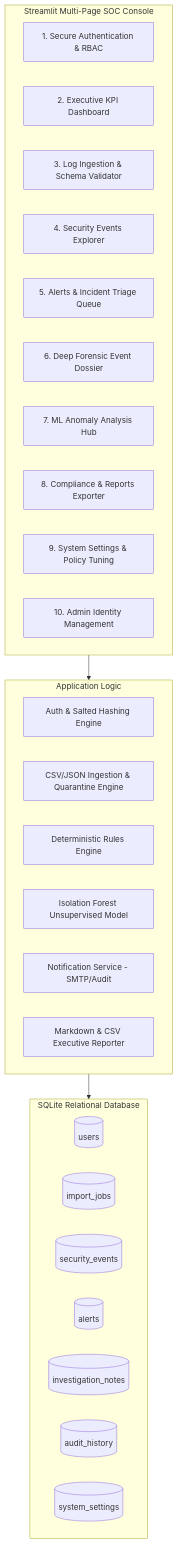
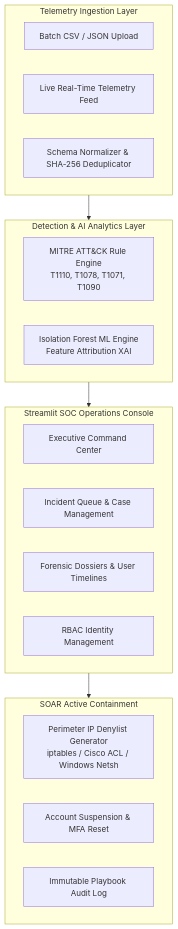
One commit to rohitkumar901/ai-company-gaurdian changed the diagram in README.md. Above: the diagram before and after it, drawn with Mermaid. The commit also changed other lines of this file and 12 other files, not shown here.

Commit message:
feat(enterprise): upgrade to full production SIEM & SOAR platform v2.5 with MITRE ATT&CK and XAI

````diff
--- a/README.md
+++ b/README.md
@@ -26,37 +31,30 @@
 ```mermaid
 flowchart TD
-    subgraph UI_Layer [Streamlit Multi-Page SOC Console]
-        P1[1. Secure Authentication & RBAC]
-        P2[2. Executive KPI Dashboard]
-        P3[3. Log Ingestion & Schema Validator]
-        P4[4. Security Events Explorer]
-        P5[5. Alerts & Incident Triage Queue]
-        P6[6. Deep Forensic Event Dossier]
-        P7[7. ML Anomaly Analysis Hub]
-        P8[8. Compliance & Reports Exporter]
-        P9[9. System Settings & Policy Tuning]
-        P10[10. Admin Identity Management]
+    subgraph Ingestion [Telemetry Ingestion Layer]
+        CSV[Batch CSV / JSON Upload]
+        LiveStream[Live Real-Time Telemetry Feed]
+        Parser[Schema Normalizer & SHA-256 Deduplicator]
     end
 
-    subgraph Core_Engine [Application Logic]
-        Auth[Auth & Salted Hashing Engine]
-        Ingest[CSV/JSON Ingestion & Quarantine Engine]
-        RuleEngine[Deterministic Rules Engine]
-        MLEngine[Isolation Forest Unsupervised Model]
-        Notifier[Notification Service - SMTP/Audit]
-        Reporter[Markdown & CSV Executive Reporter]
+    subgraph Analytics [Detection & AI Analytics Layer]
+        Rules[MITRE ATT&CK Rule Engine<br/>T1110, T1078, T1071, T1090]
+        XAI[Isolation Forest ML Engine<br/>Feature Attribution XAI]
     end
 
-    subgraph Storage [SQLite Relational Database]
-        T_Users[(users)]
-        T_Imports[(import_jobs)]
-        T_Events[(security_events)]
-        T_Alerts[(alerts)]
-        T_Notes[(investigation_notes)]
-        T_Audit[(audit_history)]
-        T_Settings[(system_settings)]
+    subgraph SOAR [SOAR Active Containment]
+        Firewall[Perimeter IP Denylist Generator<br/>iptables / Cisco ACL / Windows Netsh]
+        Identity[Account Suspension & MFA Reset]
+        Playbook[Immutable Playbook Audit Log]
     end
 
-    UI_Layer --> Core_Engine
-    Core_Engine --> Storage
+    subgraph Console [Streamlit SOC Operations Console]
+        Dash[Executive Command Center]
+        Triage[Incident Queue & Case Management]
+        Investigate[Forensic Dossiers & User Timelines]
+        Admin[RBAC Identity Management]
+    end
+
+    Ingestion --> Analytics
+    Analytics --> Console
+    Console --> SOAR
 ```
````
